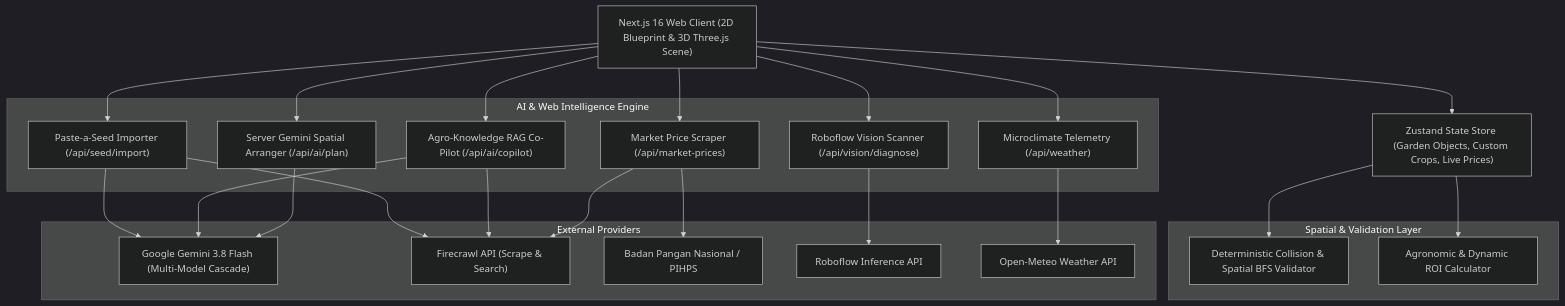
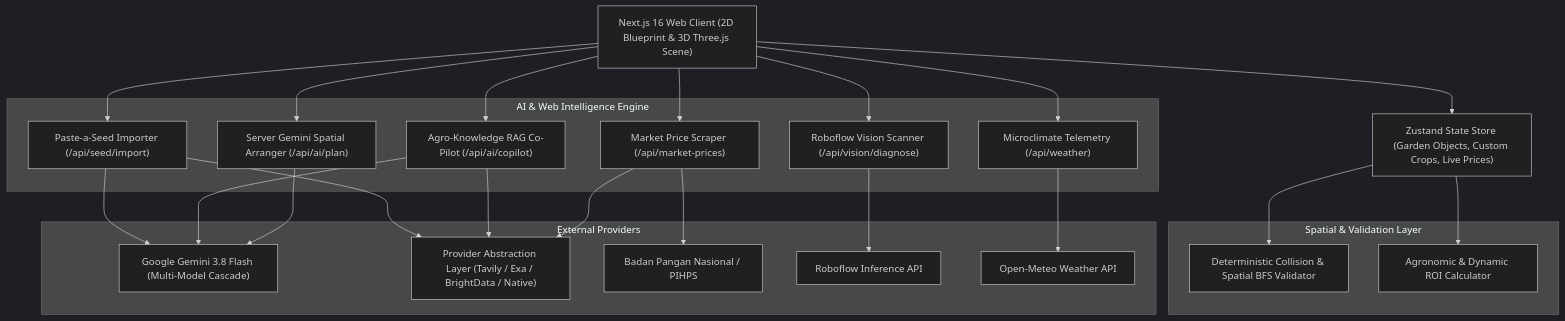
Before and after one commit to yandri918/agrisensa_garden_studio: the diagram in README.md, drawn with Mermaid (dark theme). The commit also changed other lines of this file and 1 other file, not shown here.

Commit message:
docs: update README and DEV_POST_SUBMISSION with Provider Abstraction Layer architecture

````diff
--- a/README.md
+++ b/README.md
@@ -27,48 +27,48 @@
 ```mermaid
 graph TD
     Client["Next.js 16 Web Client (2D Blueprint & 3D Three.js Scene)"]
     ZustandStore["Zustand State Store (Garden Objects, Custom Crops, Live Prices)"]
     
     subgraph "Spatial & Validation Layer"
         GeometryEngine["Deterministic Collision & Spatial BFS Validator"]
         CropCalc["Agronomic & Dynamic ROI Calculator"]
     end
 
     subgraph "AI & Web Intelligence Engine"
         GeminiPlanner["Server Gemini Spatial Arranger (/api/ai/plan)"]
         GeminiCopilot["Agro-Knowledge RAG Co-Pilot (/api/ai/copilot)"]
         SeedImporter["Paste-a-Seed Importer (/api/seed/import)"]
         MarketScraper["Market Price Scraper (/api/market-prices)"]
         VisionScanner["Roboflow Vision Scanner (/api/vision/diagnose)"]
         WeatherTelemetry["Microclimate Telemetry (/api/weather)"]
     end
 
     subgraph "External Providers"
         GoogleGemini["Google Gemini 3.8 Flash (Multi-Model Cascade)"]
-        FirecrawlAPI["Firecrawl API (Scrape & Search)"]
+        ProviderAbstraction["Provider Abstraction Layer (Tavily / Exa / BrightData / Native)"]
         BapanasPIHPS["Badan Pangan Nasional / PIHPS"]
         RoboflowCloud["Roboflow Inference API"]
         OpenMeteo["Open-Meteo Weather API"]
     end
 
     Client --> ZustandStore
     ZustandStore --> GeometryEngine
     ZustandStore --> CropCalc
     
     Client --> SeedImporter
     Client --> GeminiCopilot
     Client --> GeminiPlanner
     Client --> MarketScraper
     Client --> VisionScanner
     Client --> WeatherTelemetry
 
-    SeedImporter --> FirecrawlAPI
+    SeedImporter --> ProviderAbstraction
     SeedImporter --> GoogleGemini
-    GeminiCopilot --> FirecrawlAPI
+    GeminiCopilot --> ProviderAbstraction
     GeminiCopilot --> GoogleGemini
     GeminiPlanner --> GoogleGemini
-    MarketScraper --> FirecrawlAPI
+    MarketScraper --> ProviderAbstraction
     MarketScraper --> BapanasPIHPS
     VisionScanner --> RoboflowCloud
     WeatherTelemetry --> OpenMeteo
 ```
````
